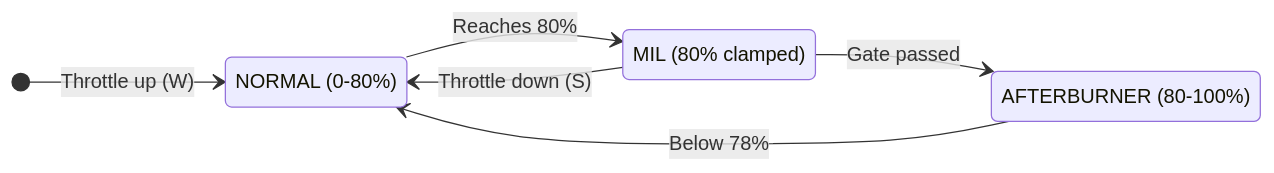
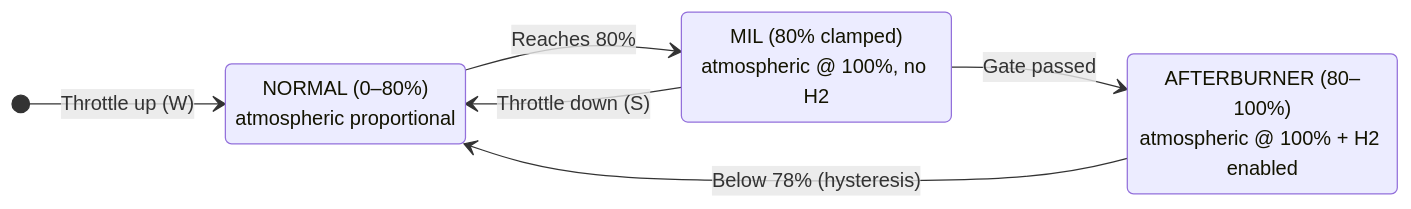
The second of 4 diagrams in docs/propulsion.md (Terilia/JetOS), drawn with Mermaid before and after one commit. The commit also changed other lines of this file and 23 other files, not shown here.

````diff
--- a/docs/propulsion.md
+++ b/docs/propulsion.md
@@ -58,15 +60,13 @@
 ```mermaid
 stateDiagram-v2
     direction LR
-
-    state "NORMAL (0-80%)" as NORMAL
-    state "MIL (80% clamped)" as MIL
-    state "AFTERBURNER (80-100%)" as AB
-
     [*] --> NORMAL : Throttle up (W)
     NORMAL --> MIL : Reaches 80%
     MIL --> NORMAL : Throttle down (S)
+    MIL --> AB : Gate passed
+    AB --> NORMAL : Below 78% (hysteresis)
 
-    MIL --> AB : Gate passed
-    AB --> NORMAL : Below 78%
+    NORMAL : NORMAL (0–80%)<br/>atmospheric proportional
+    MIL    : MIL (80% clamped)<br/>atmospheric @ 100%, no H2
+    AB     : AFTERBURNER (80–100%)<br/>atmospheric @ 100% + H2 enabled
 ```
````
